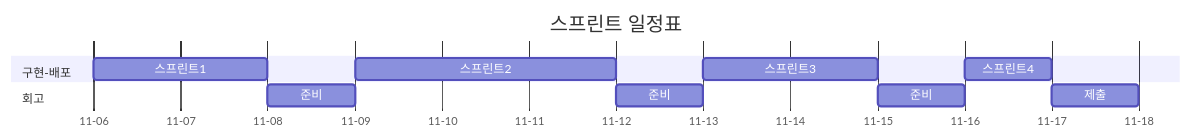
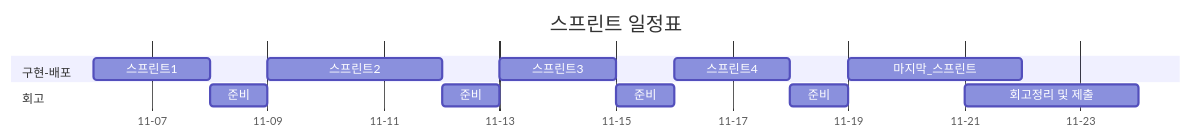
Before and after one commit to Inoh-J/quiet-chatter: the diagram in docs/오픈미션회고.md, drawn with Mermaid. The commit also changed other lines of this file and 6 other files, not shown here.

````diff
--- a/docs/오픈미션회고.md
+++ b/docs/오픈미션회고.md
@@ -90,19 +97,21 @@
 ```mermaid
 ---
 displayMode: compact
 ---
 gantt
     axisFormat %m-%d
     title 스프린트 일정표
     dateFormat MM-DD
     section 구현-배포
         스프린트1: 11-06, 2d
         스프린트2: 11-09, 3d
         스프린트3: 11-13, 2d
-        스프린트4: 11-16, 1d
+        스프린트4: 11-16, 2d
+        마지막_스프린트: 11-19, 3d
     section 회고
         준비: 11-08, 1d
         준비: 11-12, 1d
         준비: 11-15, 1d
-        제출: 11-17, 1d
+        준비: 11-18, 1d
+        회고정리 및 제출: 11-21, 3d
 ```
````
